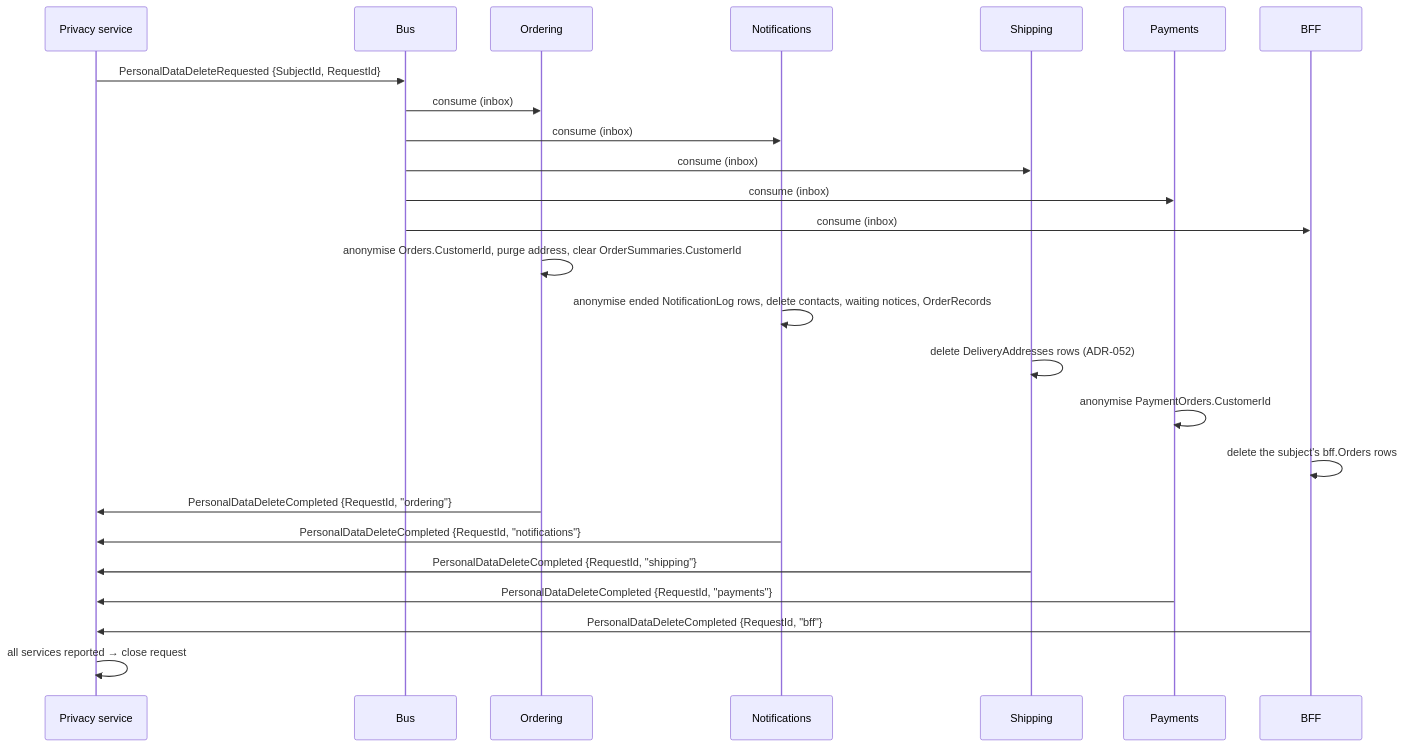
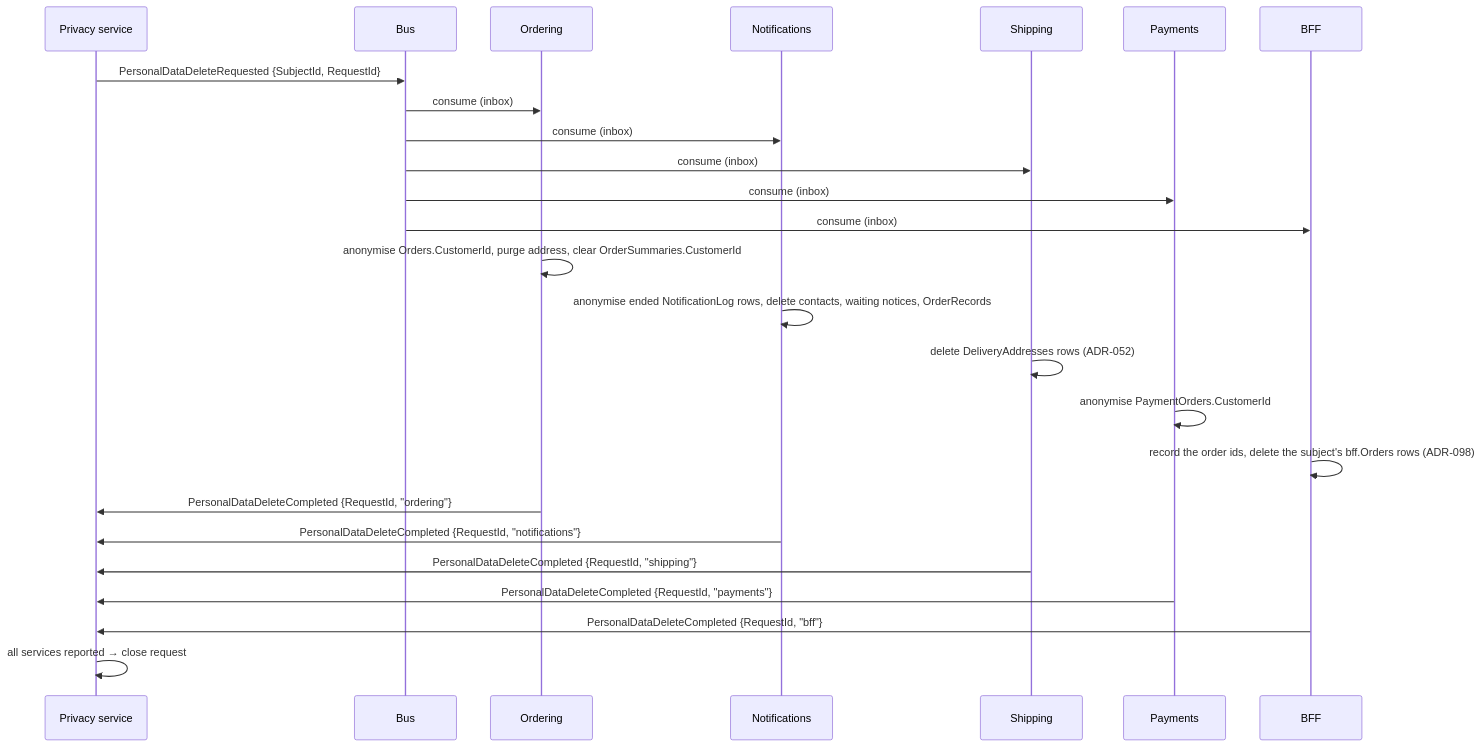
The second of 2 diagrams in docs/backend-architecture/11-identity-authorization.md (alexander-shamray/blueprint-backend), drawn with Mermaid before and after one commit. The commit also changed 6 other files, not shown here.

First line of the commit message:
docs(adr): ADR-098 has the BFF remember the id of an order it erased

````diff
--- a/docs/backend-architecture/11-identity-authorization.md
+++ b/docs/backend-architecture/11-identity-authorization.md
@@ -1422,28 +1422,28 @@
 ```mermaid
 sequenceDiagram
     participant P as Privacy service
     participant B as Bus
     participant O as Ordering
     participant N as Notifications
     participant S as Shipping
     participant Y as Payments
     participant F as BFF
 
     P->>B: PersonalDataDeleteRequested {SubjectId, RequestId}
     B->>O: consume (inbox)
     B->>N: consume (inbox)
     B->>S: consume (inbox)
     B->>Y: consume (inbox)
     B->>F: consume (inbox)
     O->>O: anonymise Orders.CustomerId, purge address, clear OrderSummaries.CustomerId
     N->>N: anonymise ended NotificationLog rows, delete contacts, waiting notices, OrderRecords
     S->>S: delete DeliveryAddresses rows (ADR-052)
     Y->>Y: anonymise PaymentOrders.CustomerId
-    F->>F: delete the subject's bff.Orders rows
+    F->>F: record the order ids, delete the subject's bff.Orders rows (ADR-098)
     O->>P: PersonalDataDeleteCompleted {RequestId, "ordering"}
     N->>P: PersonalDataDeleteCompleted {RequestId, "notifications"}
     S->>P: PersonalDataDeleteCompleted {RequestId, "shipping"}
     Y->>P: PersonalDataDeleteCompleted {RequestId, "payments"}
     F->>P: PersonalDataDeleteCompleted {RequestId, "bff"}
     P->>P: all services reported → close request
 ```
````
